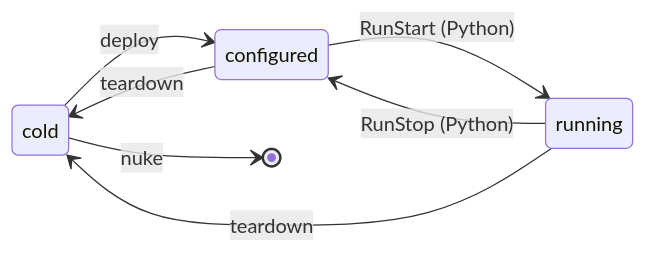
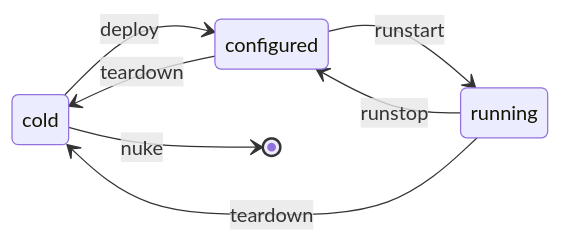
One commit to milk-org/milk changed the first of 2 diagrams in docs/guide/pipelines_operate.md. Above: the diagram before and after it, drawn with Mermaid. The commit also changed other lines of this file and 15 other files, not shown here.

First line of the commit message:
[moka] runstart/runstop plans, runstart conf key, state uses the list

````diff
--- a/docs/guide/pipelines_operate.md
+++ b/docs/guide/pipelines_operate.md
@@ -13,10 +13,10 @@
 ```mermaid
 stateDiagram-v2
     direction LR
     cold --> configured : deploy
-    configured --> running : RunStart (Python)
-    running --> configured : RunStop (Python)
+    configured --> running : runstart
+    running --> configured : runstop
     configured --> cold : teardown
     running --> cold : teardown
     cold --> [*] : nuke
 ```
````
